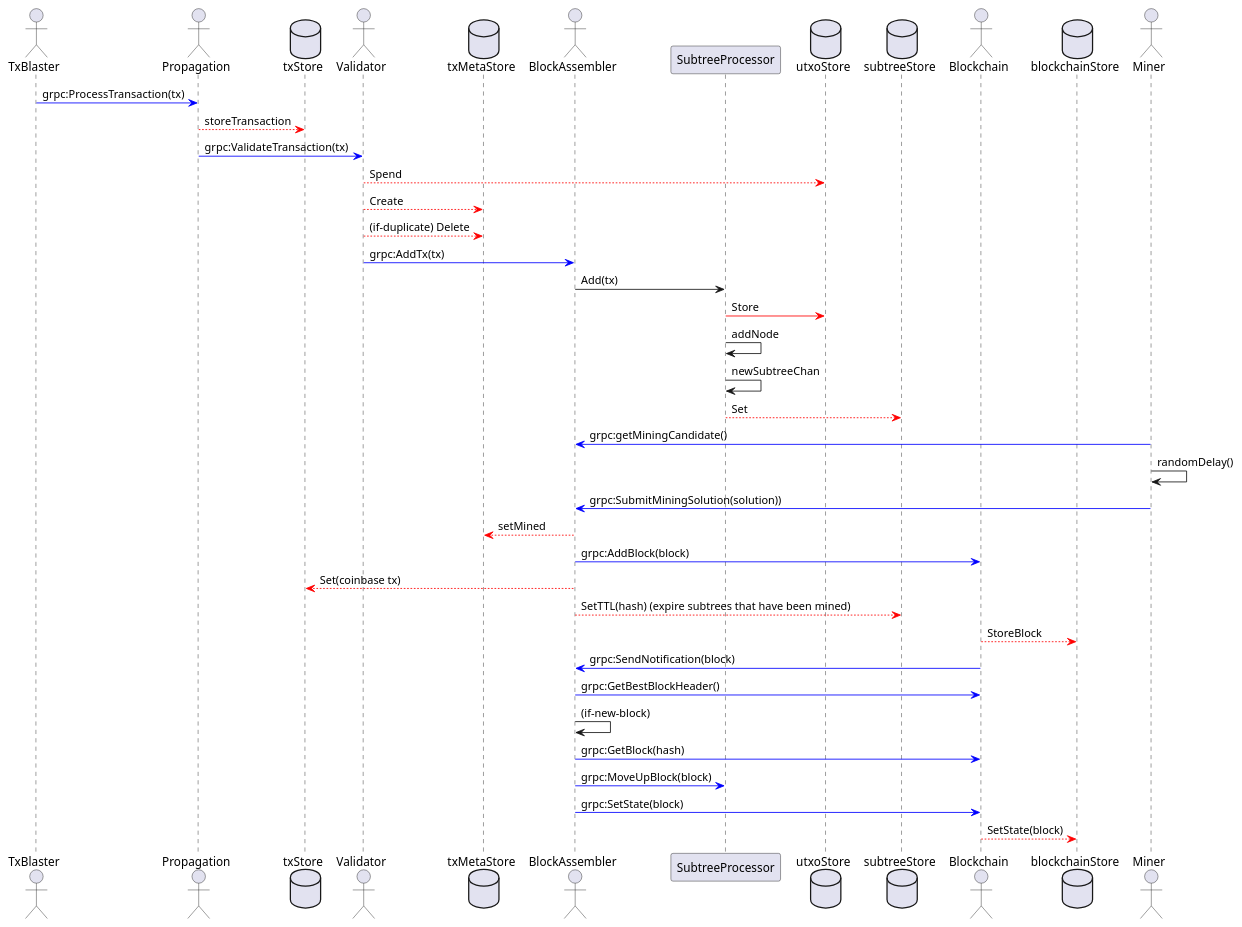
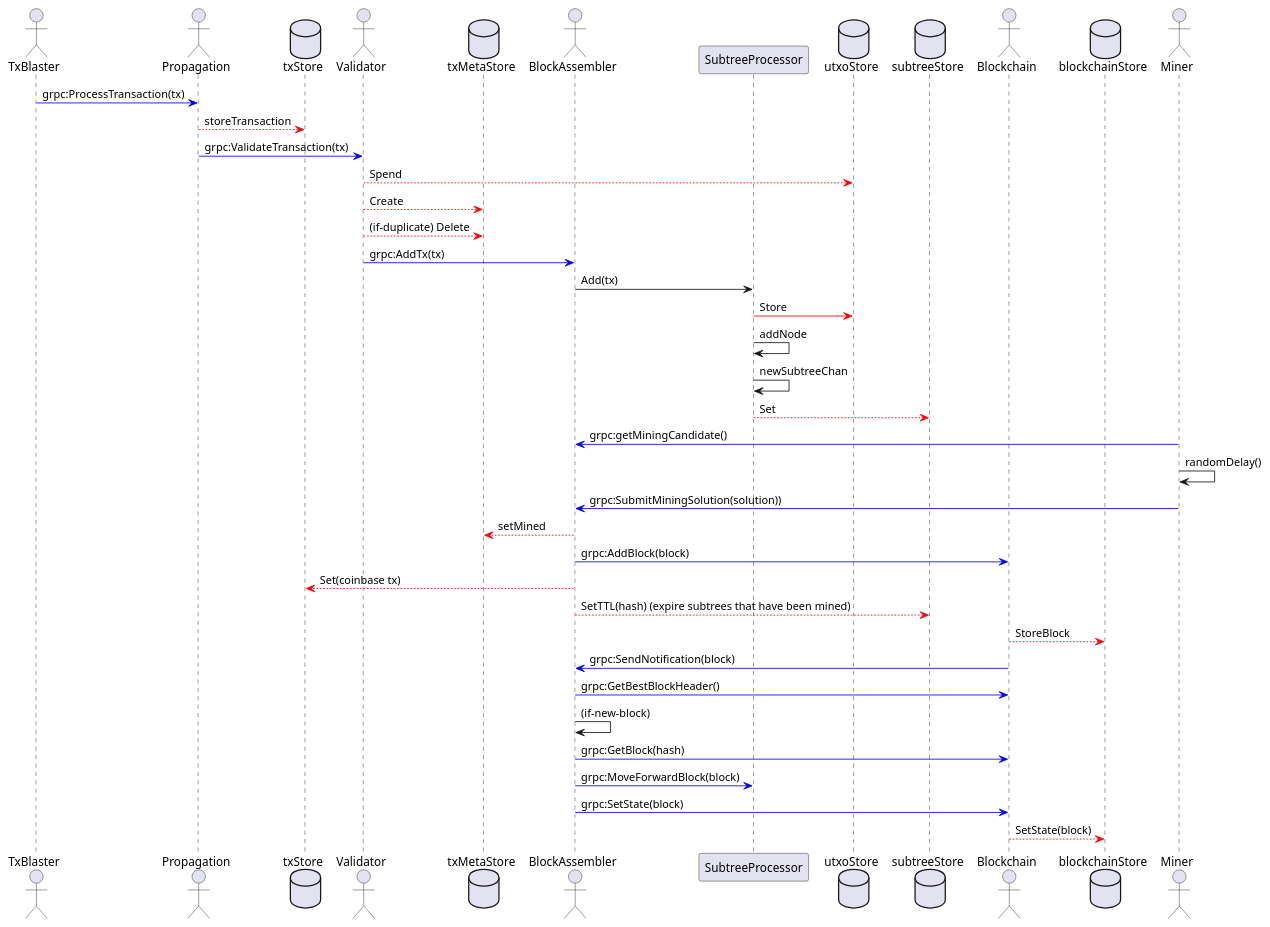
The diagram in docs/misc/overview.puml (freemans13/teranode), drawn with PlantUML before and after one commit. The commit also changed 20 other files, not shown here.

First line of the commit message:
Renamed moveUp/moveDown to moveForward/MoveBack in Block Assembly #1966 (#1967)

```diff
--- a/docs/misc/overview.puml
+++ b/docs/misc/overview.puml
@@ -1,50 +1,50 @@
 @startuml overview
 actor TxBlaster
 actor Propagation
 database txStore
 actor Validator
 database txMetaStore
 actor BlockAssembler
 participant SubtreeProcessor
 database utxoStore
 database subtreeStore
 Actor Blockchain
 database blockchainStore
 actor Miner
 
 TxBlaster -[#blue]> Propagation : grpc:ProcessTransaction(tx)
 Propagation -[#red]-> txStore: storeTransaction
 Propagation -[#blue]> Validator: grpc:ValidateTransaction(tx)
 
 Validator -[#red]-> utxoStore: Spend
 Validator -[#red]-> txMetaStore: Create
 Validator -[#red]-> txMetaStore: (if-duplicate) Delete
 Validator -[#blue]> BlockAssembler: grpc:AddTx(tx)
 
 BlockAssembler -> SubtreeProcessor: Add(tx)
 SubtreeProcessor -[#red]> utxoStore: Store
 SubtreeProcessor -> SubtreeProcessor : addNode
 SubtreeProcessor -> SubtreeProcessor : newSubtreeChan
 SubtreeProcessor -[#red]-> subtreeStore : Set
 
 
 
 Miner -[#blue]> BlockAssembler : grpc:getMiningCandidate()
 Miner -> Miner : randomDelay()
 Miner -[#blue]> BlockAssembler : grpc:SubmitMiningSolution(solution))
 
 BlockAssembler -[#red]-> txMetaStore: setMined
 BlockAssembler -[#blue]> Blockchain : grpc:AddBlock(block)
 BlockAssembler -[#red]-> txStore : Set(coinbase tx)
 BlockAssembler -[#red]-> subtreeStore : SetTTL(hash) (expire subtrees that have been mined)
 Blockchain -[#red]-> blockchainStore : StoreBlock
 Blockchain -[#blue]> BlockAssembler : grpc:SendNotification(block)
 BlockAssembler -[#blue]> Blockchain : grpc:GetBestBlockHeader()
 BlockAssembler -> BlockAssembler : (if-new-block)
 BlockAssembler -[#blue]> Blockchain : grpc:GetBlock(hash)
-BlockAssembler -[#blue]> SubtreeProcessor : grpc:MoveUpBlock(block)
+BlockAssembler -[#blue]> SubtreeProcessor : grpc:MoveForwardBlock(block)
 BlockAssembler -[#blue]> Blockchain : grpc:SetState(block)
 Blockchain -[#red]-> blockchainStore : SetState(block)
 
 
 @enduml
```
